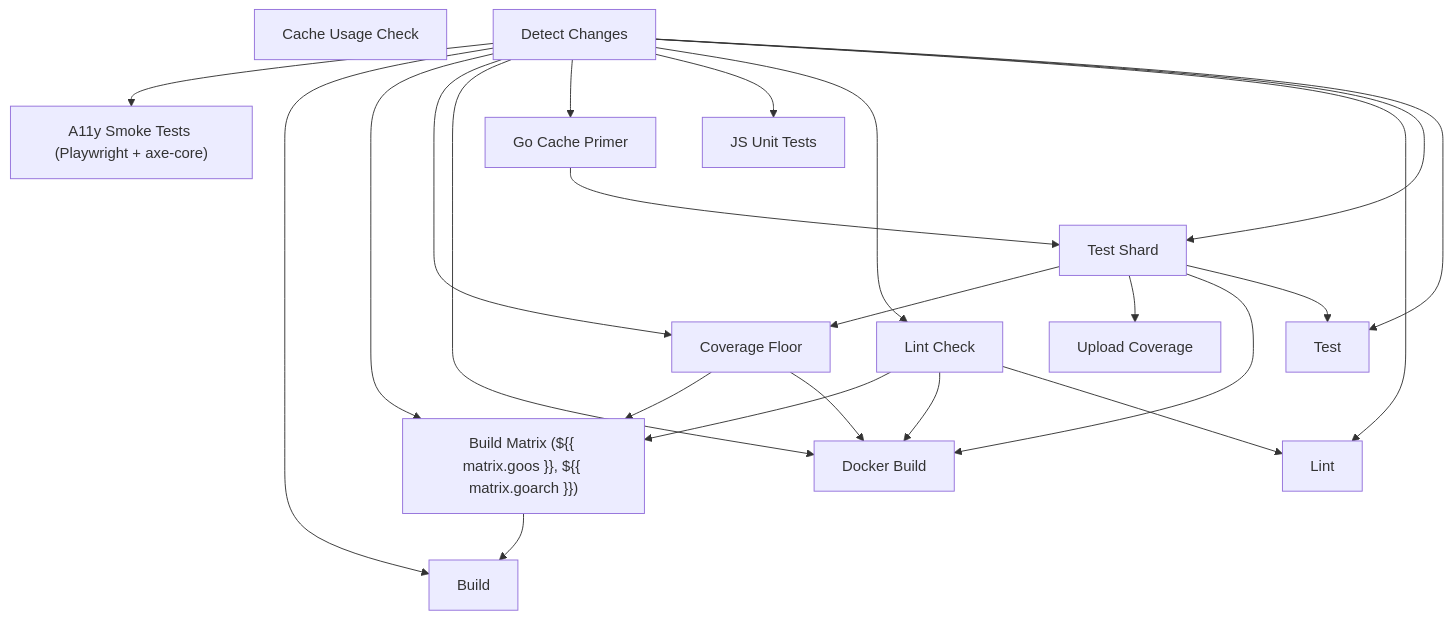
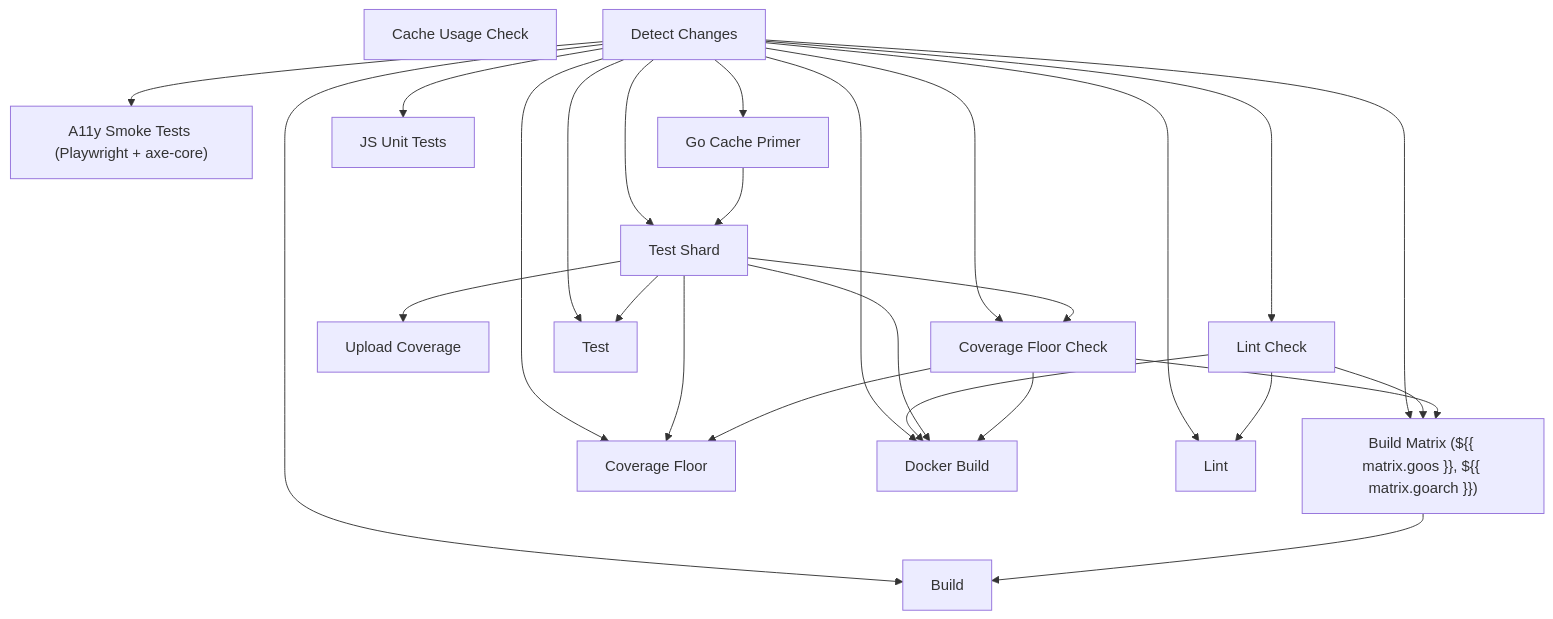
The diagram in docs/_generated/ci-reference.md (sydlexius/stillwater), drawn with Mermaid before and after one commit. The commit also changed 7 other files, not shown here.

First line of the commit message:
fix(ci): close Coverage Floor D1, harden build/smoke, add version-cmd test

````diff
--- a/docs/_generated/ci-reference.md
+++ b/docs/_generated/ci-reference.md
@@ -9,40 +9,44 @@
 ```mermaid
 flowchart TD
     a11y_test["A11y Smoke Tests (Playwright + axe-core)"]
     build["Build"]
     build_matrix["Build Matrix (${{ matrix.goos }}, ${{ matrix.goarch }})"]
     cache_usage["Cache Usage Check"]
     changes["Detect Changes"]
-    coverage_floor["Coverage Floor"]
+    coverage_floor["Coverage Floor Check"]
+    coverage_floor_summary["Coverage Floor"]
     coverage_upload["Upload Coverage"]
     docker["Docker Build"]
     go_cache_primer["Go Cache Primer"]
     js_test["JS Unit Tests"]
     lint["Lint Check"]
     lint_summary["Lint"]
     test["Test Shard"]
     test_summary["Test"]
 
     changes --> a11y_test
     changes --> build
     build_matrix --> build
     changes --> build_matrix
     lint --> build_matrix
     coverage_floor --> build_matrix
     changes --> coverage_floor
     test --> coverage_floor
+    changes --> coverage_floor_summary
+    test --> coverage_floor_summary
+    coverage_floor --> coverage_floor_summary
     test --> coverage_upload
     changes --> docker
     lint --> docker
     test --> docker
     coverage_floor --> docker
     changes --> go_cache_primer
     changes --> js_test
     changes --> lint
     changes --> lint_summary
     lint --> lint_summary
     changes --> test
     go_cache_primer --> test
     changes --> test_summary
     test --> test_summary
 ```
````
